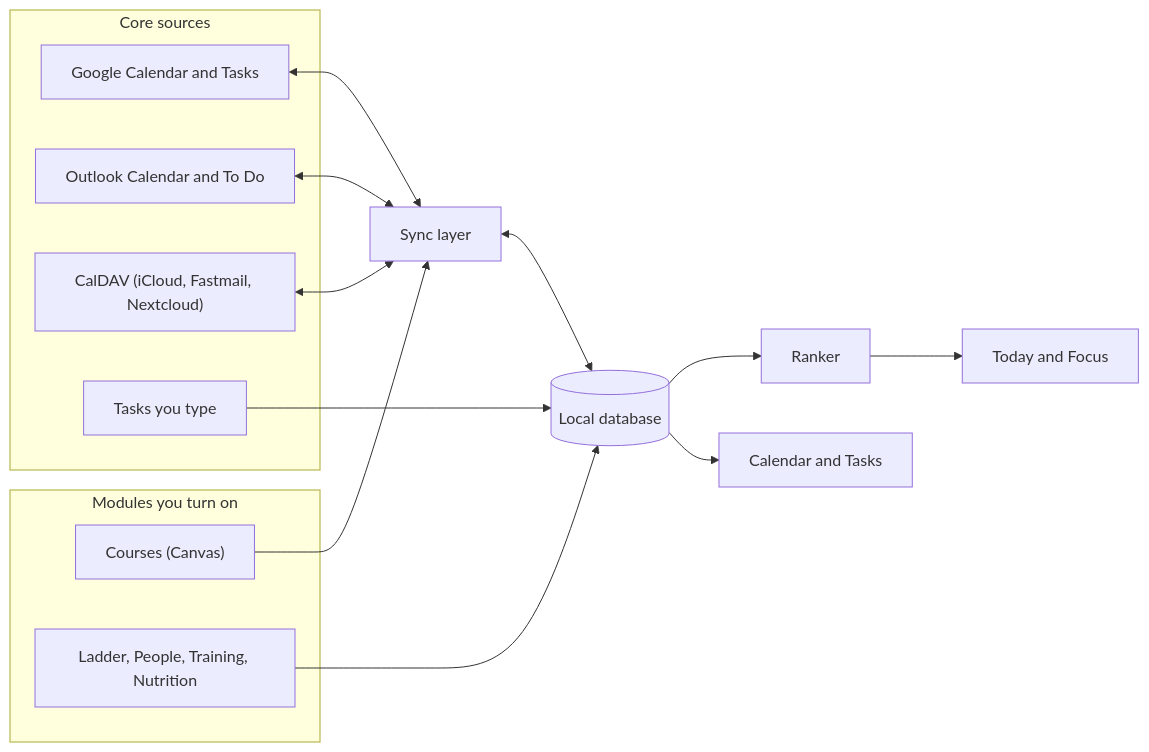
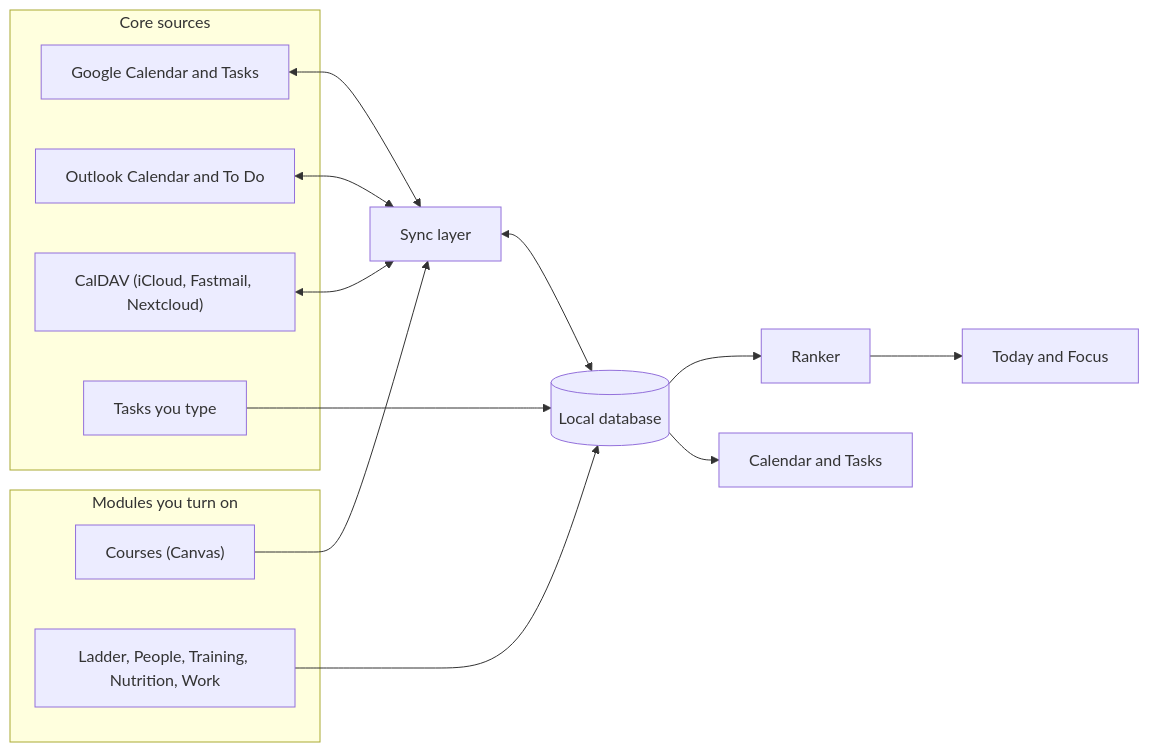
The first of 5 diagrams in README.md (pockanoodles/erwin), drawn with Mermaid before and after one commit. The commit also changed other lines of this file and 53 other files, not shown here.

````diff
--- a/README.md
+++ b/README.md
@@ -98,30 +105,30 @@
 ```mermaid
 flowchart LR
     subgraph Core["Core sources"]
         G["Google Calendar and Tasks"]
         O["Outlook Calendar and To Do"]
         C["CalDAV (iCloud, Fastmail, Nextcloud)"]
         M["Tasks you type"]
     end
     subgraph Mods["Modules you turn on"]
         V["Courses (Canvas)"]
-        L["Ladder, People, Training, Nutrition"]
+        L["Ladder, People, Training, Nutrition, Work"]
     end
 
     S["Sync layer"]
     DB[("Local database")]
     R["Ranker"]
     T["Today and Focus"]
     K["Calendar and Tasks"]
 
     G <--> S
     O <--> S
     C <--> S
     V --> S
     M --> DB
     L --> DB
     S <--> DB
     DB --> R
     R --> T
     DB --> K
 ```
````
